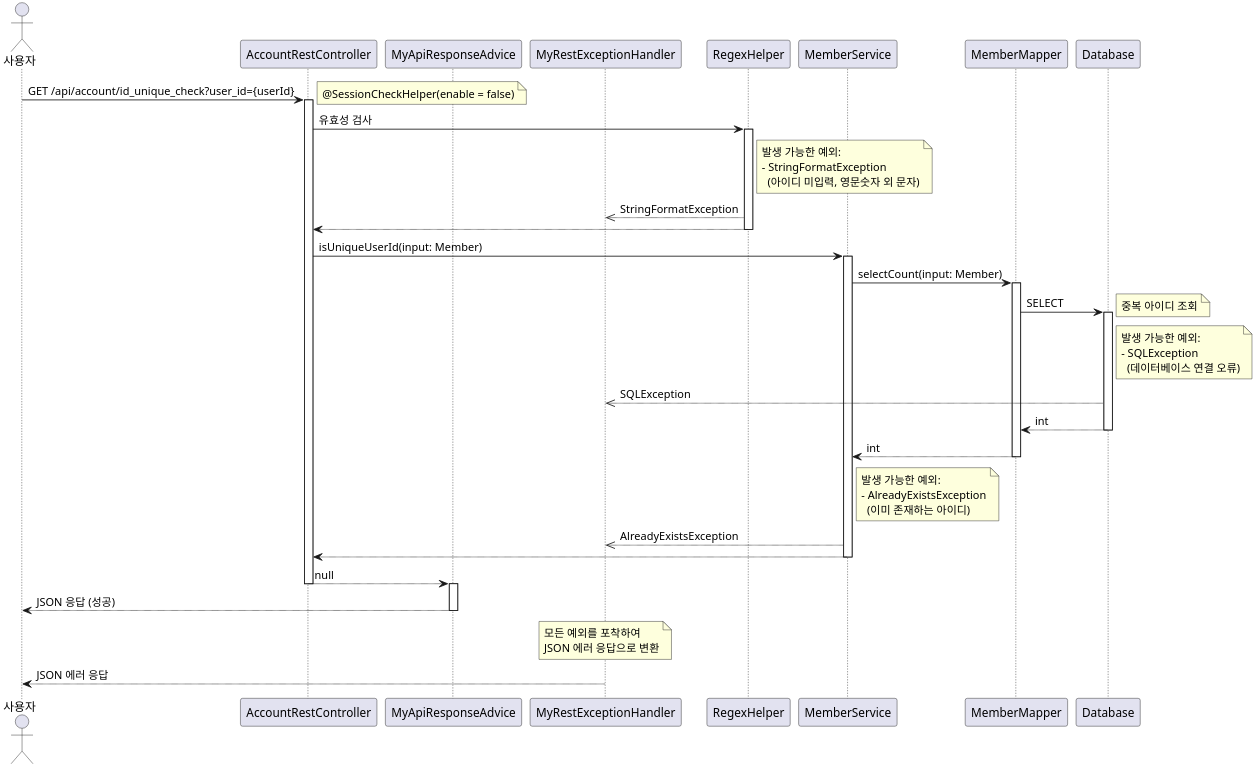
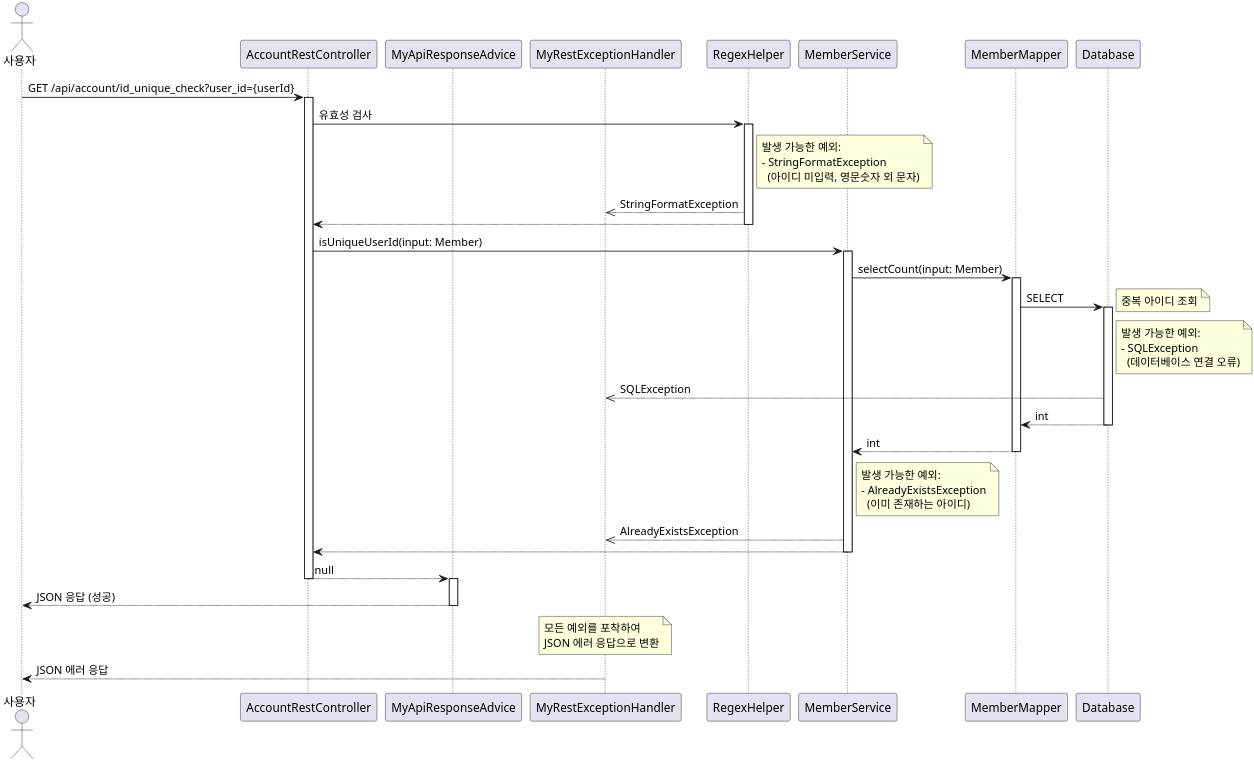
The diagram in uml/AccountRestController/idUniqueCheck_Sequence.puml (leekh4232/study-myshop), drawn with PlantUML before and after one commit. The commit also changed 138 other files, not shown here.

```diff
--- a/uml/AccountRestController/idUniqueCheck_Sequence.puml
+++ b/uml/AccountRestController/idUniqueCheck_Sequence.puml
@@ -1,51 +1,51 @@
 @startuml
 skinparam dpi 300
 
 actor Actor as "사용자"
 participant AccountRestController
 participant MyApiResponseAdvice
 participant MyRestExceptionHandler
 participant RegexHelper
 participant MemberService
 participant MemberMapper
 participant Database
 
 Actor -> AccountRestController: GET /api/account/id_unique_check?user_id={userId}
 activate AccountRestController
-note right: @SessionCheckHelper(enable = false)
+' note right: @SessionCheckHelper(enable = false)
 
 AccountRestController -> RegexHelper: 유효성 검사
 activate RegexHelper
 note right of RegexHelper: 발생 가능한 예외:\n- StringFormatException\n  (아이디 미입력, 영문숫자 외 문자)
 RegexHelper -->> MyRestExceptionHandler: StringFormatException
 RegexHelper --> AccountRestController
 deactivate RegexHelper
 
 AccountRestController -> MemberService: isUniqueUserId(input: Member)
 activate MemberService
 MemberService -> MemberMapper: selectCount(input: Member)
 activate MemberMapper
 MemberMapper -> Database: SELECT
 activate Database
 note right: 중복 아이디 조회
 note right of Database: 발생 가능한 예외:\n- SQLException\n  (데이터베이스 연결 오류)
 Database -->> MyRestExceptionHandler: SQLException
 Database --> MemberMapper: int
 deactivate Database
 MemberMapper --> MemberService: int
 deactivate MemberMapper
 note right of MemberService: 발생 가능한 예외:\n- AlreadyExistsException\n  (이미 존재하는 아이디)
 MemberService -->> MyRestExceptionHandler: AlreadyExistsException
 MemberService --> AccountRestController
 deactivate MemberService
 
 AccountRestController --> MyApiResponseAdvice: null
 deactivate AccountRestController
 activate MyApiResponseAdvice
 MyApiResponseAdvice --> Actor: JSON 응답 (성공)
 deactivate MyApiResponseAdvice
 
 note over MyRestExceptionHandler: 모든 예외를 포착하여\nJSON 에러 응답으로 변환
 MyRestExceptionHandler --> Actor: JSON 에러 응답
 
 @enduml
```
